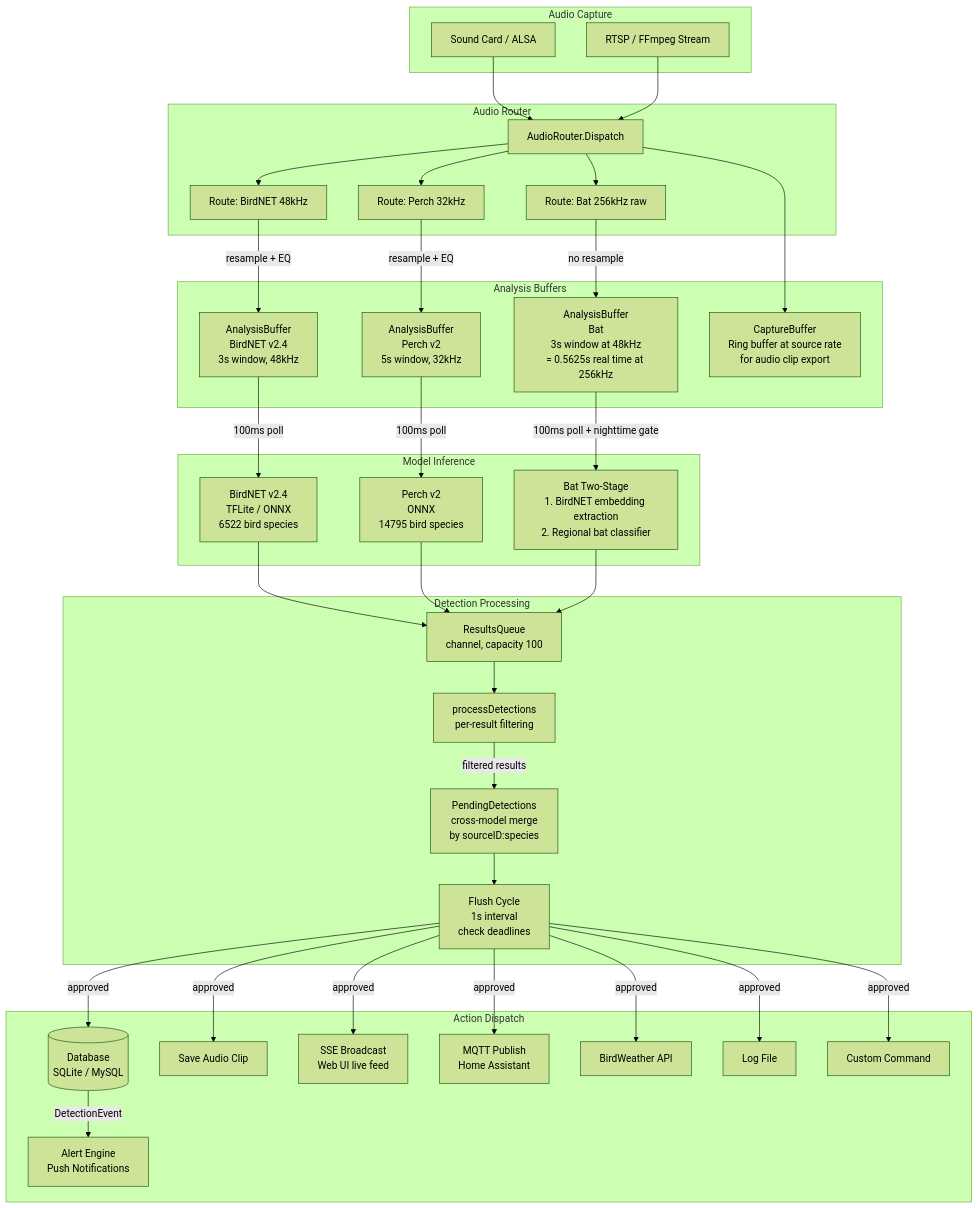
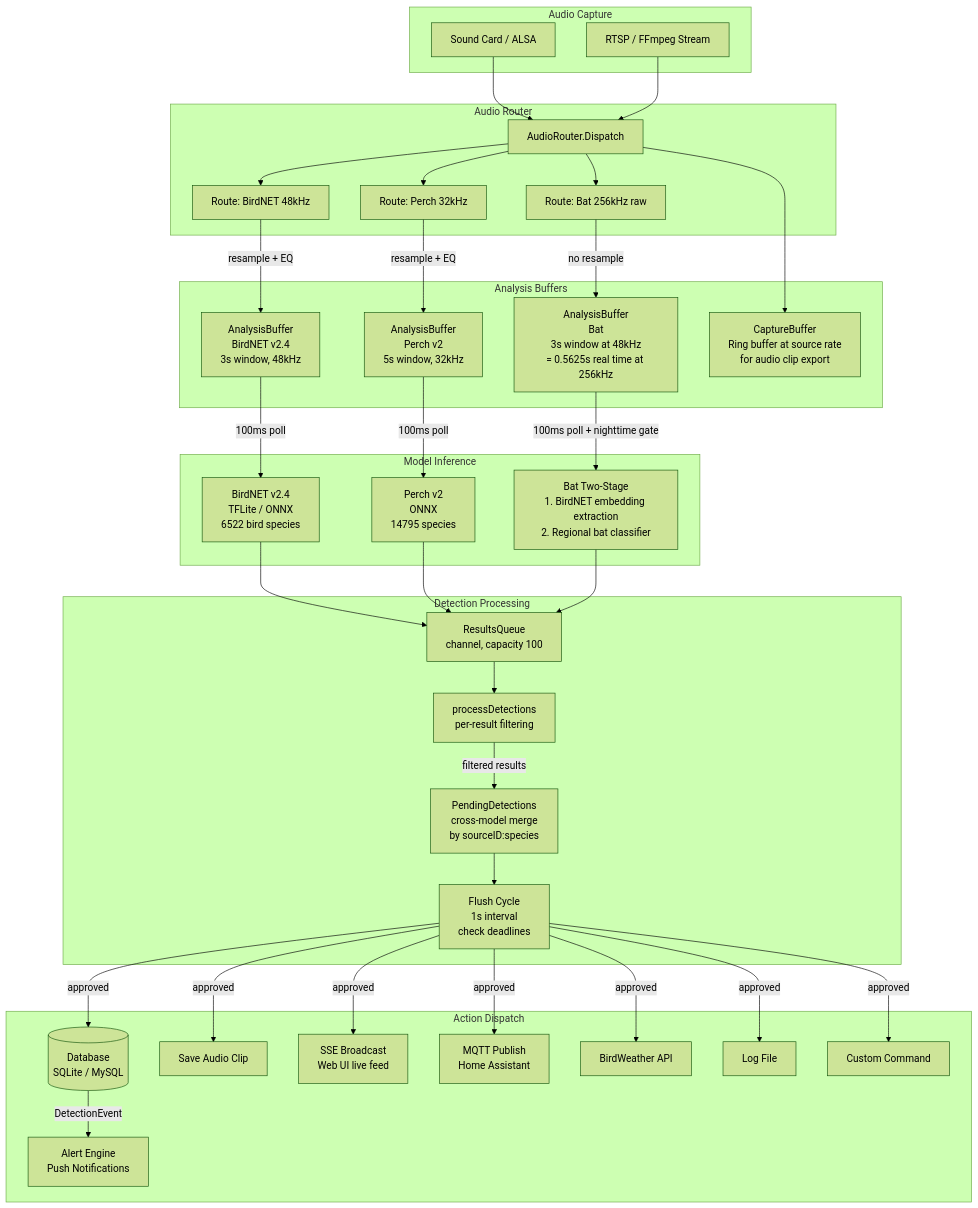
The first of 6 diagrams in doc/wiki/detection-pipeline.md (tphakala/birdnet-go), drawn with Mermaid (forest theme) before and after one commit. The commit also changed other lines of this file and 7 other files, not shown here.

````diff
--- a/doc/wiki/detection-pipeline.md
+++ b/doc/wiki/detection-pipeline.md
@@ -7,75 +7,75 @@
 ```mermaid
 flowchart TB
     subgraph Capture["Audio Capture"]
         SC[Sound Card / ALSA]
         RTSP[RTSP / FFmpeg Stream]
     end
 
     subgraph Router["Audio Router"]
         AR[AudioRouter.Dispatch]
         R1[Route: BirdNET 48kHz]
         R2[Route: Perch 32kHz]
         R3[Route: Bat 256kHz raw]
     end
 
     subgraph Buffers["Analysis Buffers"]
         AB1[AnalysisBuffer\nBirdNET v2.4\n3s window, 48kHz]
         AB2[AnalysisBuffer\nPerch v2\n5s window, 32kHz]
         AB3[AnalysisBuffer\nBat\n3s window at 48kHz\n= 0.5625s real time at 256kHz]
         CB[CaptureBuffer\nRing buffer at source rate\nfor audio clip export]
     end
 
     subgraph Inference["Model Inference"]
         BN[BirdNET v2.4\nTFLite / ONNX\n6522 bird species]
-        PC[Perch v2\nONNX\n14795 bird species]
+        PC[Perch v2\nONNX\n14795 species]
         BAT[Bat Two-Stage\n1. BirdNET embedding extraction\n2. Regional bat classifier]
     end
 
     subgraph Processing["Detection Processing"]
         RQ[ResultsQueue\nchannel, capacity 100]
         PD[processDetections\nper-result filtering]
         PM[PendingDetections\ncross-model merge\nby sourceID:species]
         FL[Flush Cycle\n1s interval\ncheck deadlines]
     end
 
     subgraph Actions["Action Dispatch"]
         DB[(Database\nSQLite / MySQL)]
         SA[Save Audio Clip]
         SSE[SSE Broadcast\nWeb UI live feed]
         MQTT[MQTT Publish\nHome Assistant]
         BW[BirdWeather API]
         LOG[Log File]
         CMD[Custom Command]
         ALERT[Alert Engine\nPush Notifications]
     end
 
     SC --> AR
     RTSP --> AR
     AR --> R1
     AR --> R2
     AR --> R3
     R1 -->|resample + EQ| AB1
     R2 -->|resample + EQ| AB2
     R3 -->|no resample| AB3
     AR --> CB
 
     AB1 -->|100ms poll| BN
     AB2 -->|100ms poll| PC
     AB3 -->|100ms poll + nighttime gate| BAT
 
     BN --> RQ
     PC --> RQ
     BAT --> RQ
 
     RQ --> PD
     PD -->|filtered results| PM
     PM --> FL
     FL -->|approved| DB
     FL -->|approved| SA
     FL -->|approved| SSE
     FL -->|approved| MQTT
     FL -->|approved| BW
     FL -->|approved| LOG
     FL -->|approved| CMD
     DB -->|DetectionEvent| ALERT
 ```
````
